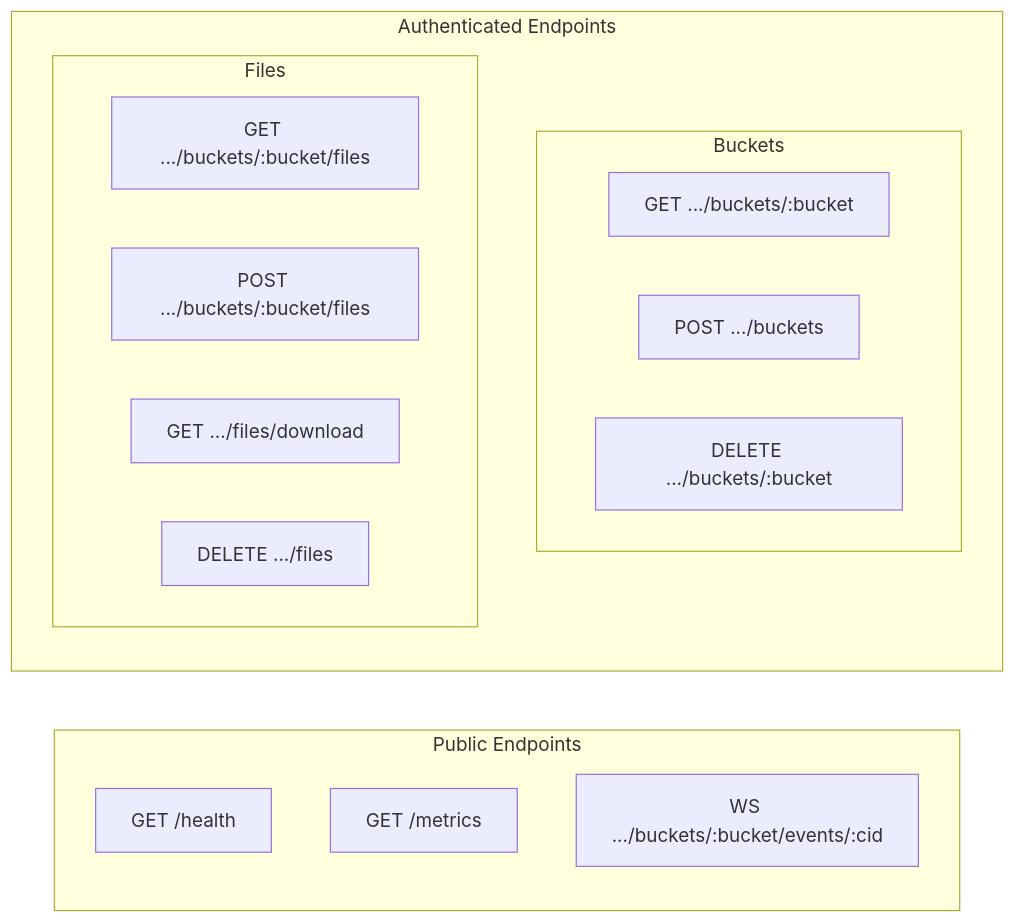
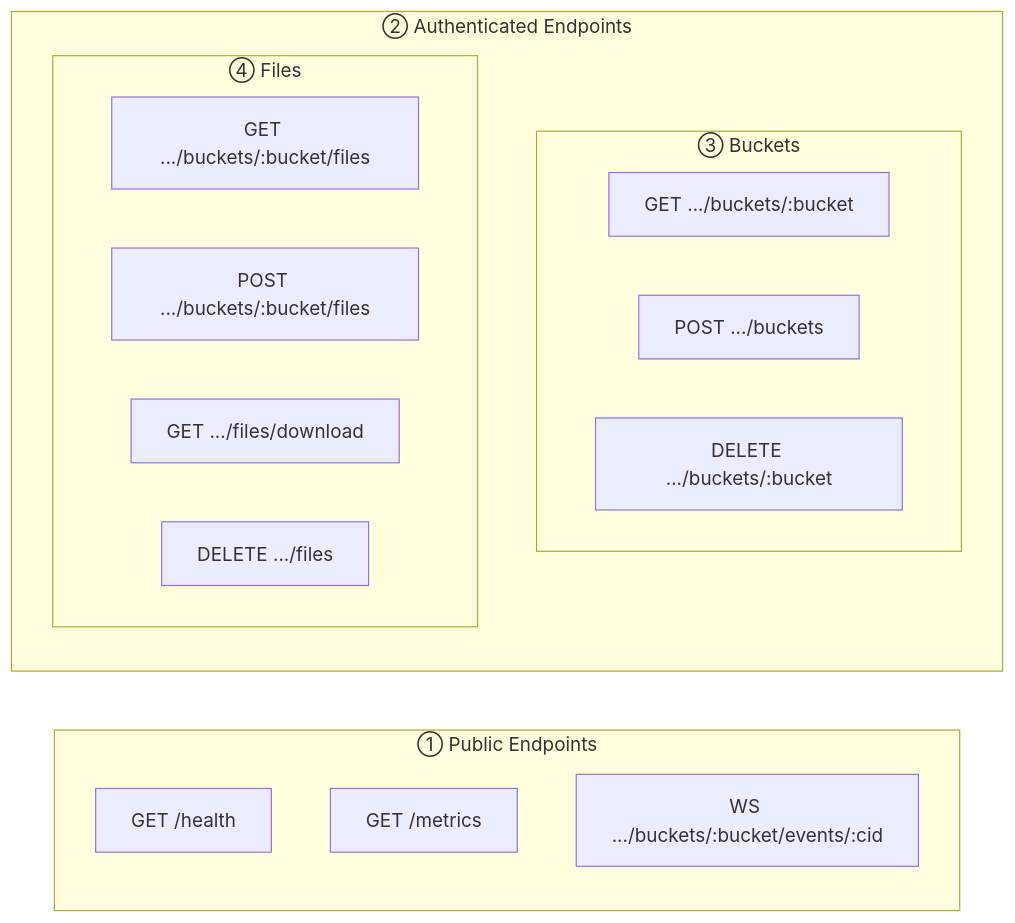
The first of 2 diagrams in docs/api.md (albertsdk/hsync-server), drawn with Mermaid before and after one commit. The commit also changed other lines of this file and 17 other files, not shown here.

First line of the commit message:
Add numbered phases to documentation diagrams

````diff
--- a/docs/api.md
+++ b/docs/api.md
@@ -9,23 +9,23 @@
 ```mermaid
 graph LR
-    subgraph Public["Public Endpoints"]
+    subgraph Public["① Public Endpoints"]
         H["GET /health"]
         M["GET /metrics"]
         WS["WS .../buckets/:bucket/events/:cid"]
     end
 
-    subgraph Auth["Authenticated Endpoints"]
-        subgraph Buckets["Buckets"]
+    subgraph Auth["② Authenticated Endpoints"]
+        subgraph Buckets["③ Buckets"]
             GB["GET .../buckets/:bucket"]
             CB["POST .../buckets"]
             DB["DELETE .../buckets/:bucket"]
         end
 
-        subgraph Files["Files"]
+        subgraph Files["④ Files"]
             LF["GET .../buckets/:bucket/files"]
             UF["POST .../buckets/:bucket/files"]
             DF["GET .../files/download"]
             RF["DELETE .../files"]
         end
     end
 ```
````
